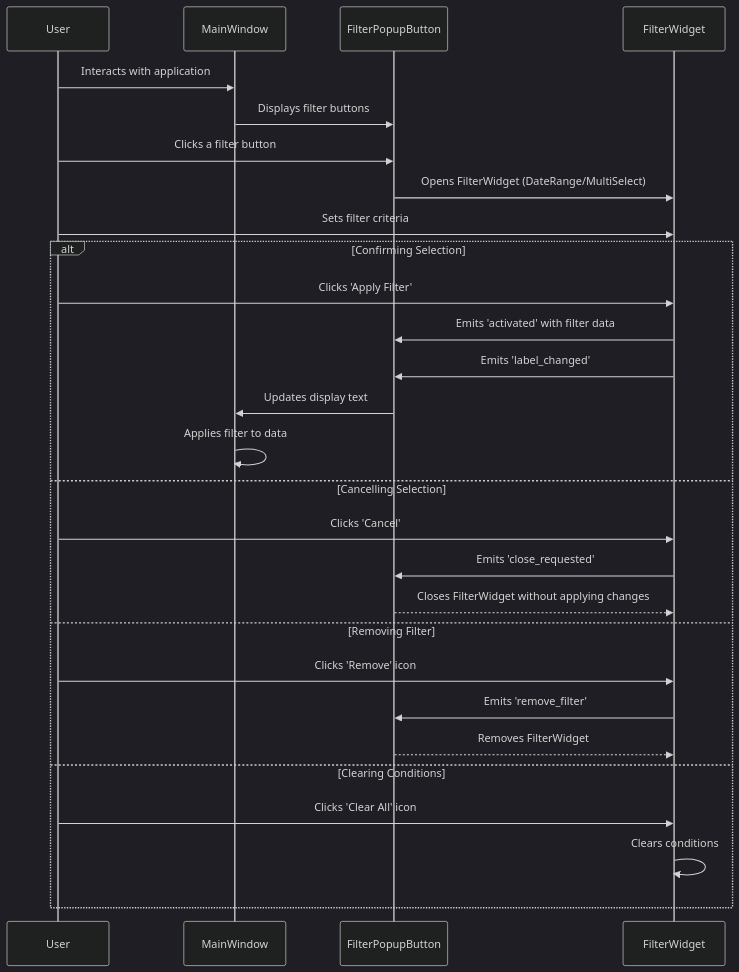
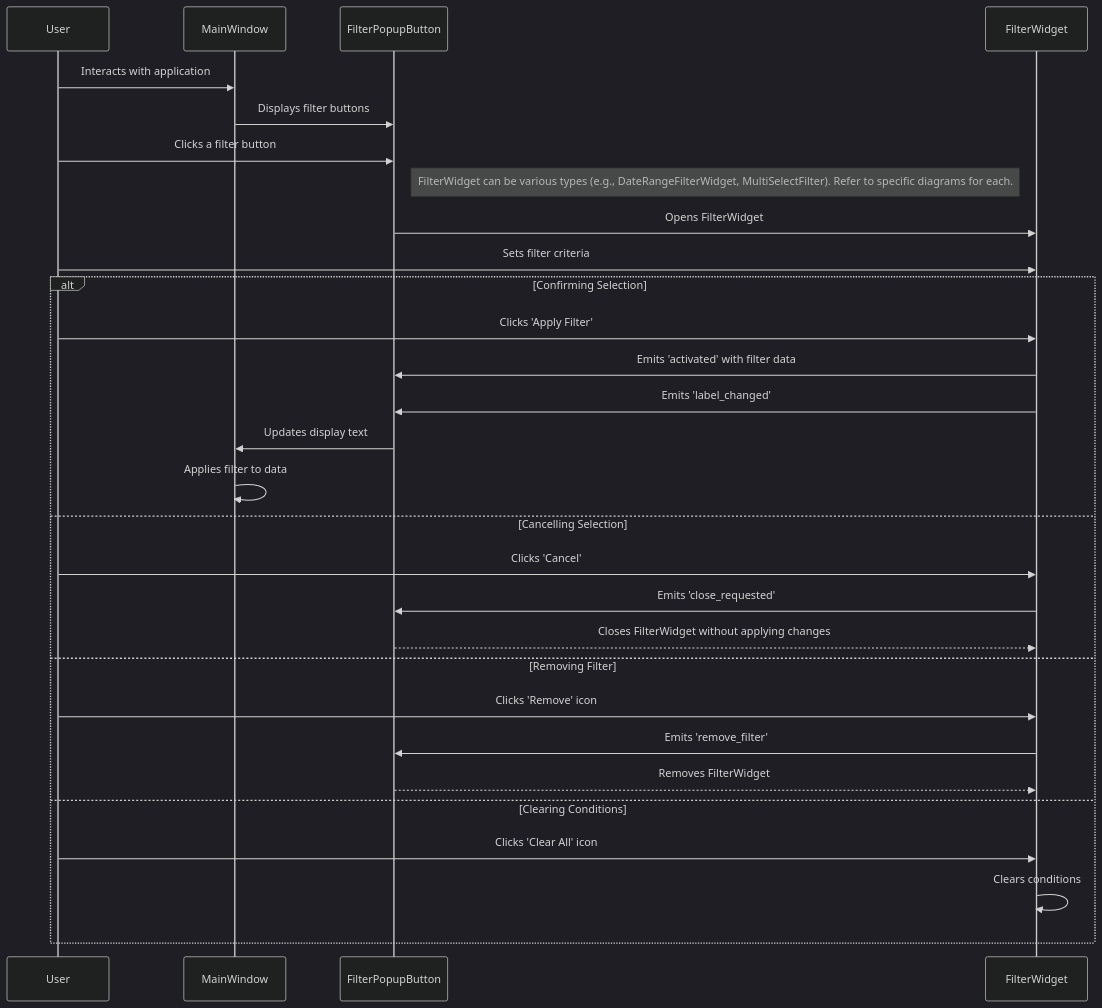
Before and after one commit to promto-c/pyqt-advanced-tree-widget: the first of 3 diagrams in filter_buttons.md, drawn with Mermaid (dark theme). The commit also changed other lines of this file and 2 other files, not shown here.

````diff
--- a/filter_buttons.md
+++ b/filter_buttons.md
@@ -1,32 +1,33 @@
 ```mermaid
 sequenceDiagram
     participant User
     participant MainWindow
     participant FilterPopupButton
     participant FilterWidget
 
     User->>MainWindow: Interacts with application
     MainWindow->>FilterPopupButton: Displays filter buttons
     User->>FilterPopupButton: Clicks a filter button
-    FilterPopupButton->>FilterWidget: Opens FilterWidget (DateRange/MultiSelect)
+    Note right of FilterPopupButton: FilterWidget can be various types (e.g., DateRangeFilterWidget, MultiSelectFilter). Refer to specific diagrams for each.
+    FilterPopupButton->>FilterWidget: Opens FilterWidget
     User->>FilterWidget: Sets filter criteria
 
     alt Confirming Selection
         User->>FilterWidget: Clicks 'Apply Filter'
         FilterWidget->>FilterPopupButton: Emits 'activated' with filter data
         FilterWidget->>FilterPopupButton: Emits 'label_changed'
         FilterPopupButton->>MainWindow: Updates display text
         MainWindow->>MainWindow: Applies filter to data
     else Cancelling Selection
         User->>FilterWidget: Clicks 'Cancel'
         FilterWidget->>FilterPopupButton: Emits 'close_requested'
         FilterPopupButton-->>FilterWidget: Closes FilterWidget without applying changes
     else Removing Filter
         User->>FilterWidget: Clicks 'Remove' icon
         FilterWidget->>FilterPopupButton: Emits 'remove_filter'
         FilterPopupButton-->>FilterWidget: Removes FilterWidget
     else Clearing Conditions
         User->>FilterWidget: Clicks 'Clear All' icon
         FilterWidget->>FilterWidget: Clears conditions
     end
 ```
````
